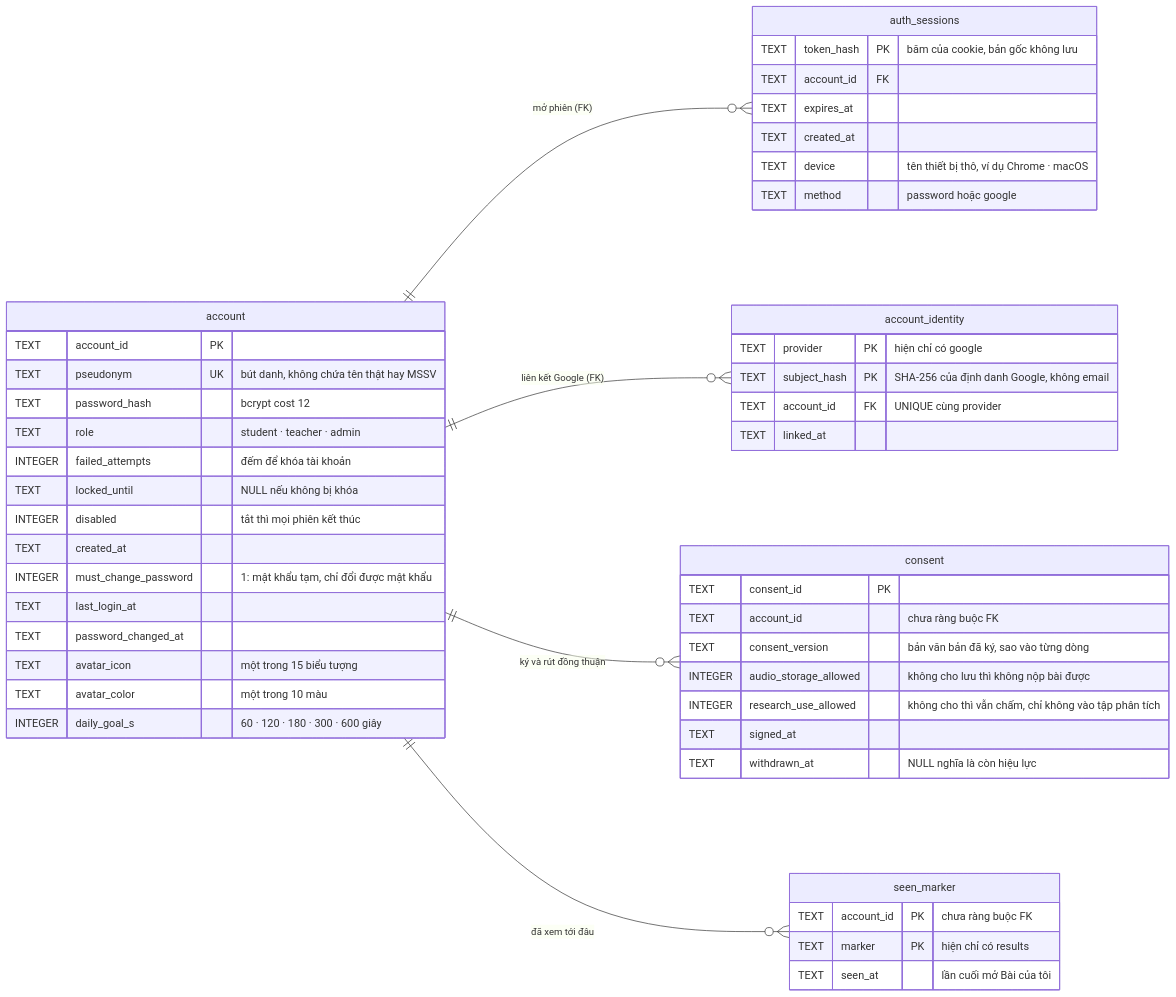
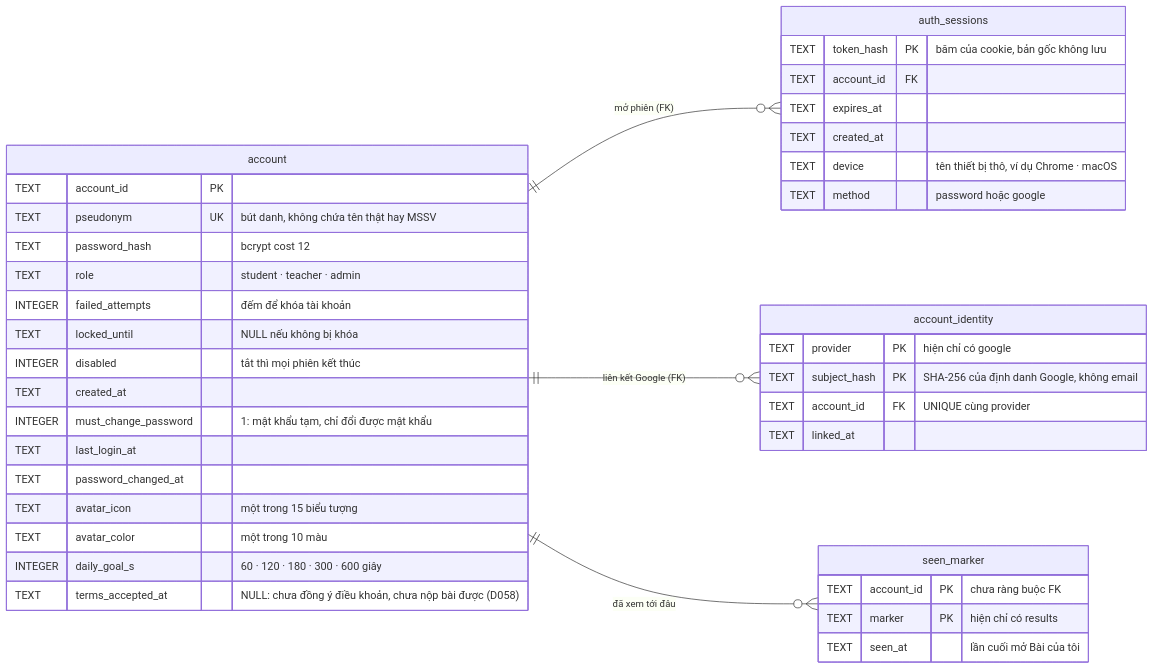
One commit to ThanhSangLouis/ai-assessor-cefr changed the seventh of 12 diagrams in docs/sdd/SDD.md. Above: the diagram before and after it, drawn with Mermaid. The commit also changed other lines of this file and 103 other files, not shown here.

First line of the commit message:
refactor(D058): bỏ đồng thuận nghiên cứu, thay bằng đồng ý điều khoản sử dụng

````diff
--- a/docs/sdd/SDD.md
+++ b/docs/sdd/SDD.md
@@ -1072,68 +1072,59 @@
 ```mermaid
 %% SDD - Diagram 5c: ERD - dinh danh, dong thuan va trang thai theo tai khoan
 %% Phan con lai cua lang dang chay; phan cham diem o hinh 5, cham mu o hinh 5d.
 %% Kieu ghi dung kieu SQLite that: TEXT / INTEGER / REAL.
 %% Ve ngang (direction LR) vi account co bon bang con: ve doc thi bon bang con
 %% nam tren mot hang, ty le vuot 2,0 va in A4 thi chu mat. rankSpacing gian
 %% khoang giua hai cot de nhan cua quan he khong de len chan qua.
 %% Cot them o D028 (must_change_password, last_login_at, password_changed_at)
 %% va D029 (avatar_icon, avatar_color, daily_goal_s; device, method cua
 %% auth_sessions) do _upgrade_schema them bang ALTER TABLE, khong nam trong
 %% cau lenh CREATE TABLE.
 %%{init: {"er": {"rankSpacing": 220}}}%%
 erDiagram
     direction LR
     account ||--o{ auth_sessions : "mở phiên (FK)"
     account ||--o{ account_identity : "liên kết Google (FK)"
-    account ||--o{ consent : "ký và rút đồng thuận"
     account ||--o{ seen_marker : "đã xem tới đâu"
 
     account {
         TEXT account_id PK
         TEXT pseudonym UK "bút danh, không chứa tên thật hay MSSV"
         TEXT password_hash "bcrypt cost 12"
         TEXT role "student · teacher · admin"
         INTEGER failed_attempts "đếm để khóa tài khoản"
         TEXT locked_until "NULL nếu không bị khóa"
         INTEGER disabled "tắt thì mọi phiên kết thúc"
         TEXT created_at
         INTEGER must_change_password "1: mật khẩu tạm, chỉ đổi được mật khẩu"
         TEXT last_login_at
         TEXT password_changed_at
         TEXT avatar_icon "một trong 15 biểu tượng"
         TEXT avatar_color "một trong 10 màu"
         INTEGER daily_goal_s "60 · 120 · 180 · 300 · 600 giây"
+        TEXT terms_accepted_at "NULL: chưa đồng ý điều khoản, chưa nộp bài được (D058)"
     }
 
     auth_sessions {
         TEXT token_hash PK "băm của cookie, bản gốc không lưu"
         TEXT account_id FK
         TEXT expires_at
         TEXT created_at
         TEXT device "tên thiết bị thô, ví dụ Chrome · macOS"
         TEXT method "password hoặc google"
     }
 
     account_identity {
         TEXT provider PK "hiện chỉ có google"
         TEXT subject_hash PK "SHA-256 của định danh Google, không email"
         TEXT account_id FK "UNIQUE cùng provider"
         TEXT linked_at
     }
 
-    consent {
-        TEXT consent_id PK
-        TEXT account_id "chưa ràng buộc FK"
-        TEXT consent_version "bản văn bản đã ký, sao vào từng dòng"
-        INTEGER audio_storage_allowed "không cho lưu thì không nộp bài được"
-        INTEGER research_use_allowed "không cho thì vẫn chấm, chỉ không vào tập phân tích"
-        TEXT signed_at
-        TEXT withdrawn_at "NULL nghĩa là còn hiệu lực"
-    }
 
     seen_marker {
         TEXT account_id PK "chưa ràng buộc FK"
         TEXT marker PK "hiện chỉ có results"
         TEXT seen_at "lần cuối mở Bài của tôi"
     }
 ```
````
